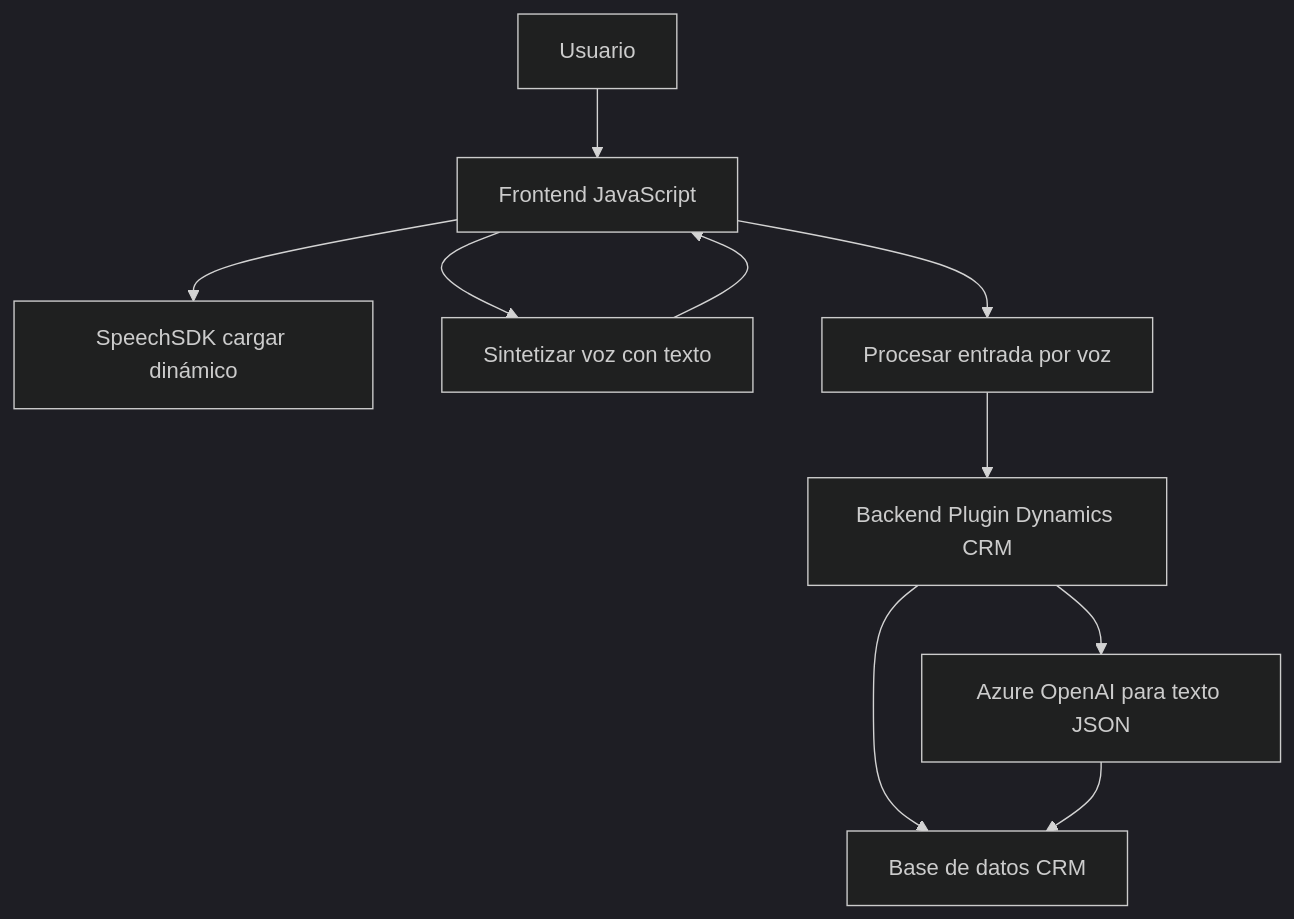
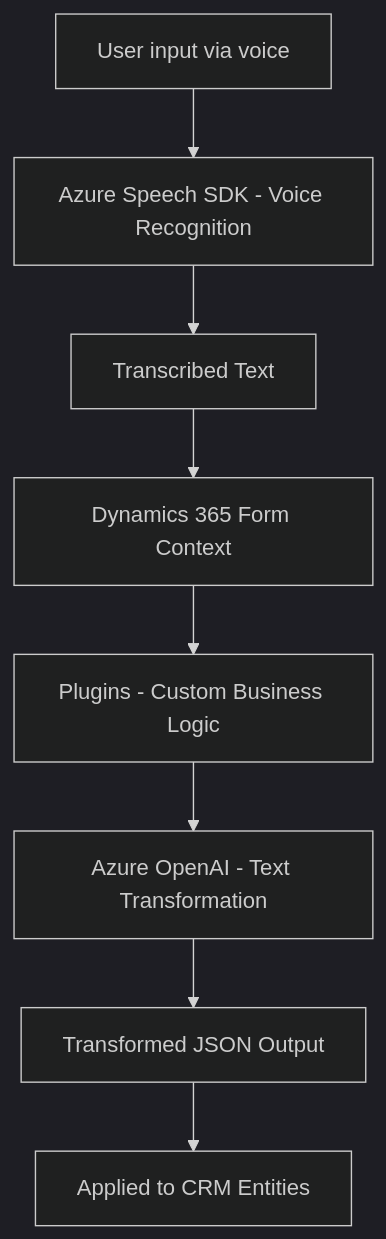
The diagram in README.md (blopezdm/NETCORE_BILBAO2025), drawn with Mermaid (dark theme) before and after one commit. The commit also changed other lines of this file, not shown here.

Commit message:
Actualizar análisis global de la solución con IA

````diff
--- a/README.md
+++ b/README.md
@@ -53,12 +42,10 @@
 ```mermaid
 graph TD
-    A["Usuario"] --> B["Frontend JavaScript"]
-    B["Frontend JavaScript"] --> C["SpeechSDK cargar dinámico"]
-    B["Frontend JavaScript"] --> D["Sintetizar voz con texto"]
-    B["Frontend JavaScript"] --> E["Procesar entrada por voz"]
-    E["Procesar entrada por voz"] --> F["Backend Plugin Dynamics CRM"]
-    F["Backend Plugin Dynamics CRM"] --> G["Azure OpenAI para texto JSON"]
-    F["Backend Plugin Dynamics CRM"] --> H["Base de datos CRM"]
-    G["Azure OpenAI para texto JSON"] --> H["Base de datos CRM"]
-    D["Sintetizar voz con texto"] --> B["Frontend JavaScript"]
+    A["User input via voice"] --> B["Azure Speech SDK - Voice Recognition"]
+    B --> C["Transcribed Text"]
+    C --> D["Dynamics 365 Form Context"]
+    D --> E["Plugins - Custom Business Logic"]
+    E --> F["Azure OpenAI - Text Transformation"]
+    F --> G["Transformed JSON Output"]
+    G --> H["Applied to CRM Entities"]
 ```
````
